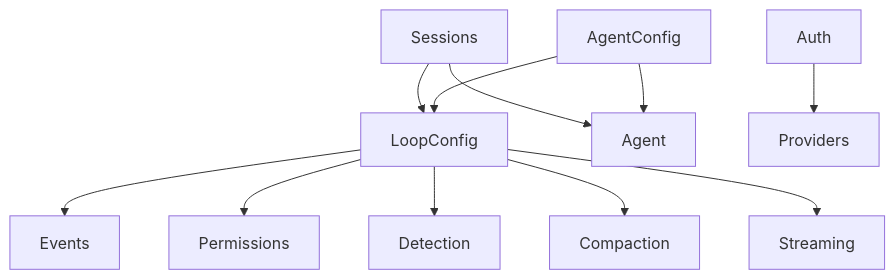
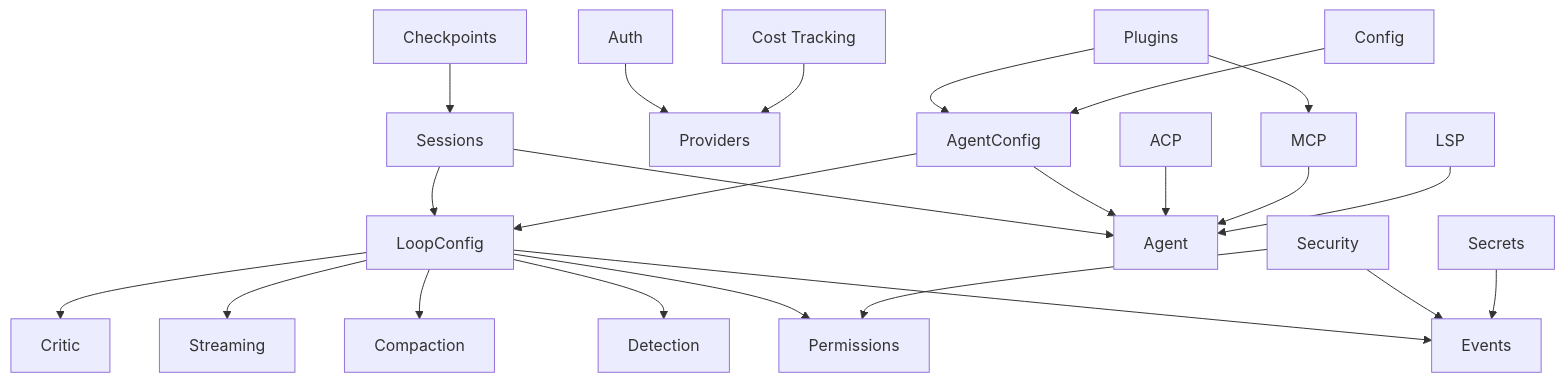
The diagram in docs/modules/index.md (0bserver07/chimera), drawn with Mermaid before and after one commit. The commit also changed other lines of this file and 2 other files, not shown here.

Commit message:
docs: update README, landing page, and modules index
- README: 8-layer stack, 1700+ tests, 16 tools, all features listed
- Landing page: correct stats table, Workflows + CLI cards
- Modules index: 18 modules (added Security, Secrets, Critic, ACP, etc.)

````diff
--- a/docs/modules/index.md
+++ b/docs/modules/index.md
@@ -28,13 +38,25 @@
 ```mermaid
 graph TD
     LC[LoopConfig] --> EV[Events]
     LC --> PM[Permissions]
     LC --> DT[Detection]
     LC --> CP[Compaction]
     LC --> ST[Streaming]
+    LC --> CR[Critic]
     SS[Sessions] --> LC
     SS --> AG[Agent]
     AU[Auth] --> PR[Providers]
     AC[AgentConfig] --> AG
     AC --> LC
+    SE[Security] --> PM
+    SE --> EV
+    SC[Secrets] --> EV
+    PL[Plugins] --> AC
+    PL --> MC[MCP]
+    ACP[ACP] --> AG
+    MC --> AG
+    LS[LSP] --> AG
+    CT[Cost Tracking] --> PR
+    CK[Checkpoints] --> SS
+    CF[Config] --> AC
 ```
````
